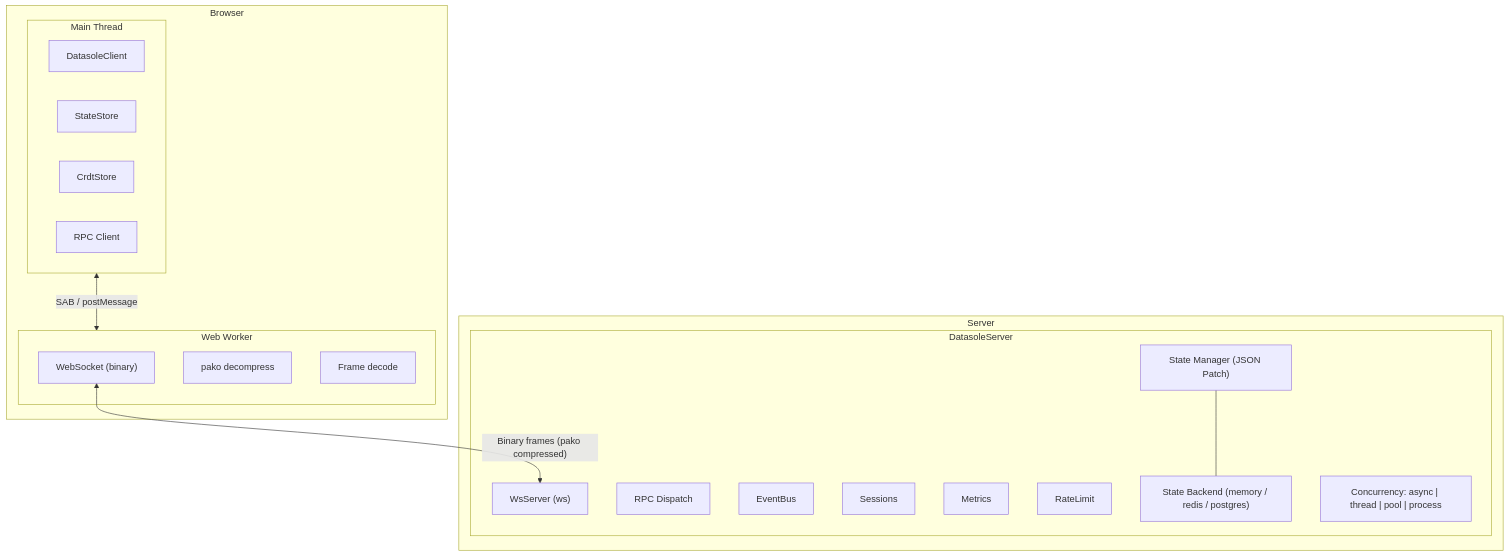
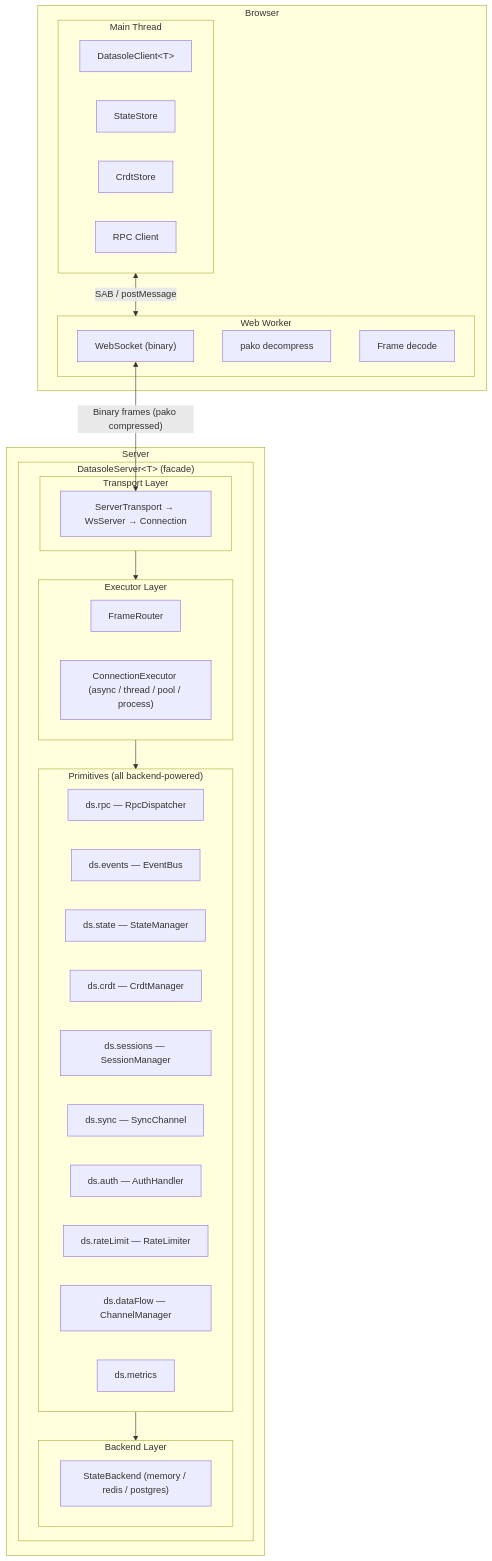
One commit to mayanklahiri/datasole changed the third of 5 diagrams in docs/architecture.md. Above: the diagram before and after it, drawn with Mermaid. The commit also changed other lines of this file and 124 other files, not shown here.

First line of the commit message:
refactor!: decompose DatasoleServer into composable layers [ADR-018]

````diff
--- a/docs/architecture.md
+++ b/docs/architecture.md
@@ -49,33 +49,48 @@
 ```mermaid
 flowchart TB
     subgraph Browser
         subgraph MT["Main Thread"]
-            DC[DatasoleClient]
+            DC["DatasoleClient&lt;T&gt;"]
             SS[StateStore]
             CS[CrdtStore]
             RC[RPC Client]
         end
         subgraph WW["Web Worker"]
             WS["WebSocket (binary)"]
             PK["pako decompress"]
             FD["Frame decode"]
         end
         MT <-->|"SAB / postMessage"| WW
     end
 
     WS <-->|"Binary frames (pako compressed)"| WSS
 
     subgraph Server
-        subgraph DS["DatasoleServer"]
-            WSS["WsServer (ws)"]
-            RPCd["RPC Dispatch"]
-            SM["State Manager (JSON Patch)"]
-            EB["EventBus"]
-            Sess["Sessions"]
-            Met["Metrics"]
-            RL["RateLimit"]
-            SM --- SBE["State Backend (memory / redis / postgres)"]
-            Conc["Concurrency: async | thread | pool | process"]
+        subgraph DS["DatasoleServer&lt;T&gt; (facade)"]
+            subgraph Transport["Transport Layer"]
+                WSS["ServerTransport → WsServer → Connection"]
+            end
+            subgraph Executor["Executor Layer"]
+                FR["FrameRouter"]
+                EX["ConnectionExecutor (async / thread / pool / process)"]
+            end
+            subgraph Backend["Backend Layer"]
+                SBE["StateBackend (memory / redis / postgres)"]
+            end
+            subgraph Primitives["Primitives (all backend-powered)"]
+                RPCd["ds.rpc — RpcDispatcher"]
+                EB["ds.events — EventBus"]
+                SM["ds.state — StateManager"]
+                CRDT["ds.crdt — CrdtManager"]
+                Sess["ds.sessions — SessionManager"]
+                Sync["ds.sync — SyncChannel"]
+                Auth["ds.auth — AuthHandler"]
+                RLim["ds.rateLimit — RateLimiter"]
+                DF["ds.dataFlow — ChannelManager"]
+                Met["ds.metrics"]
+            end
+            Transport --> Executor --> Primitives
+            Primitives --> Backend
         end
     end
 ```
````
